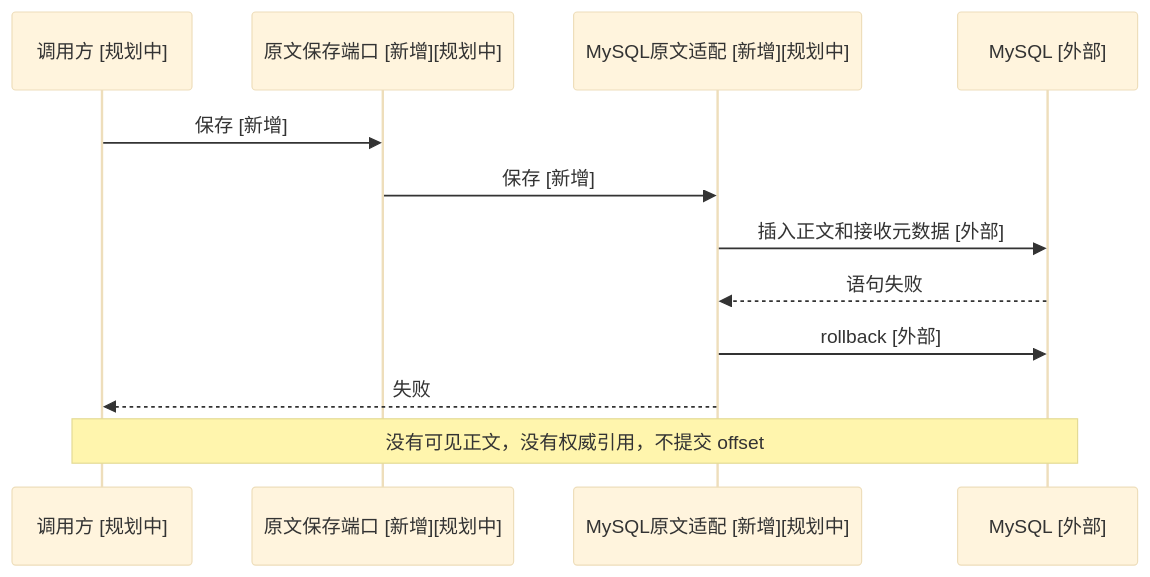
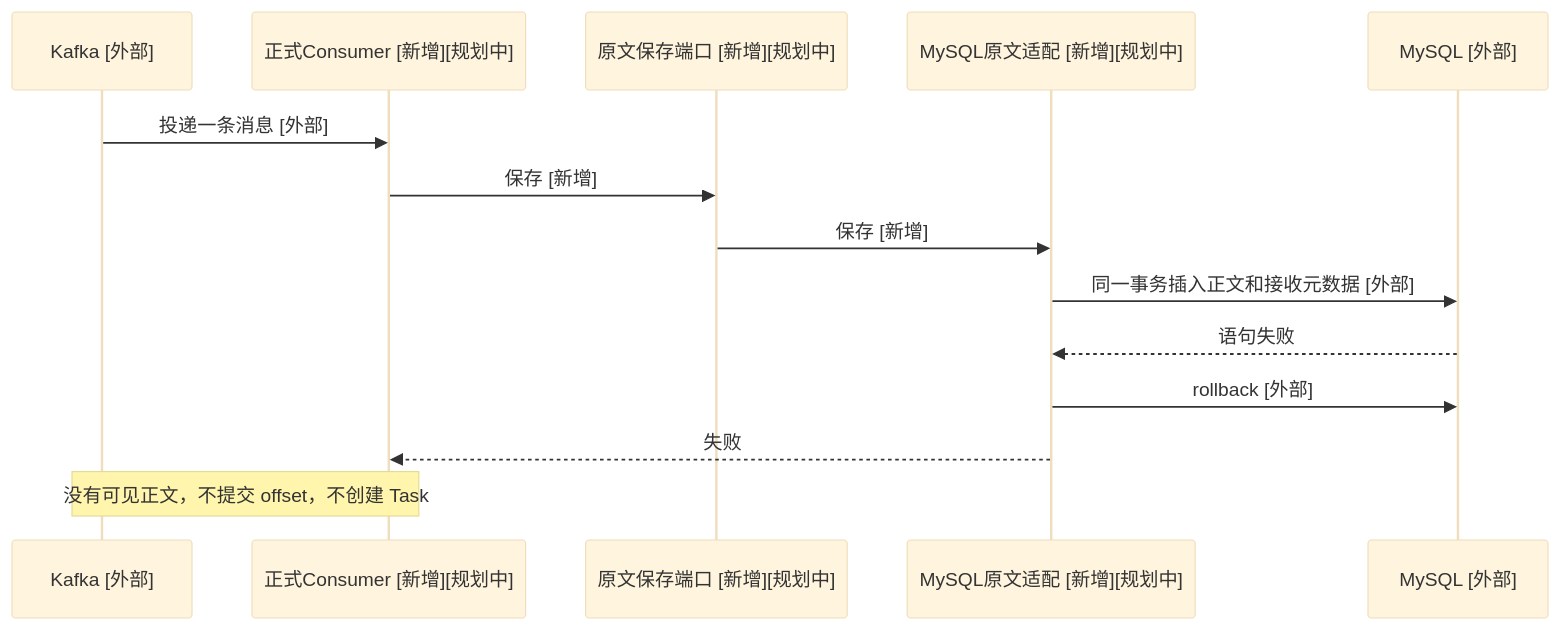
One commit to david606/mtx-data-platform changed the fourth of 7 diagrams in docs/development/IR-15-正式原文保存介质与保留策略专项决策准备.md. Above: the diagram before and after it, drawn with Mermaid (base theme). The commit also changed other lines of this file, not shown here.

````diff
--- a/docs/development/IR-15-正式原文保存介质与保留策略专项决策准备.md
+++ b/docs/development/IR-15-正式原文保存介质与保留策略专项决策准备.md
@@ -429,15 +508,17 @@
 ```mermaid
 sequenceDiagram
-    participant Caller as 调用方 [规划中]
+    participant Kafka as Kafka [外部]
+    participant Cons as 正式Consumer [新增][规划中]
     participant Port as 原文保存端口 [新增][规划中]
     participant Adapt as MySQL原文适配 [新增][规划中]
     participant DB as MySQL [外部]
 
-    Caller->>Port: 保存 [新增]
+    Kafka->>Cons: 投递一条消息 [外部]
+    Cons->>Port: 保存 [新增]
     Port->>Adapt: 保存 [新增]
-    Adapt->>DB: 插入正文和接收元数据 [外部]
+    Adapt->>DB: 同一事务插入正文和接收元数据 [外部]
     DB-->>Adapt: 语句失败
     Adapt->>DB: rollback [外部]
-    Adapt-->>Caller: 失败
-    Note over Caller,DB: 没有可见正文，没有权威引用，不提交 offset
+    Adapt-->>Cons: 失败
+    Note over Cons,Kafka: 没有可见正文，不提交 offset，不创建 Task
 ```
````
